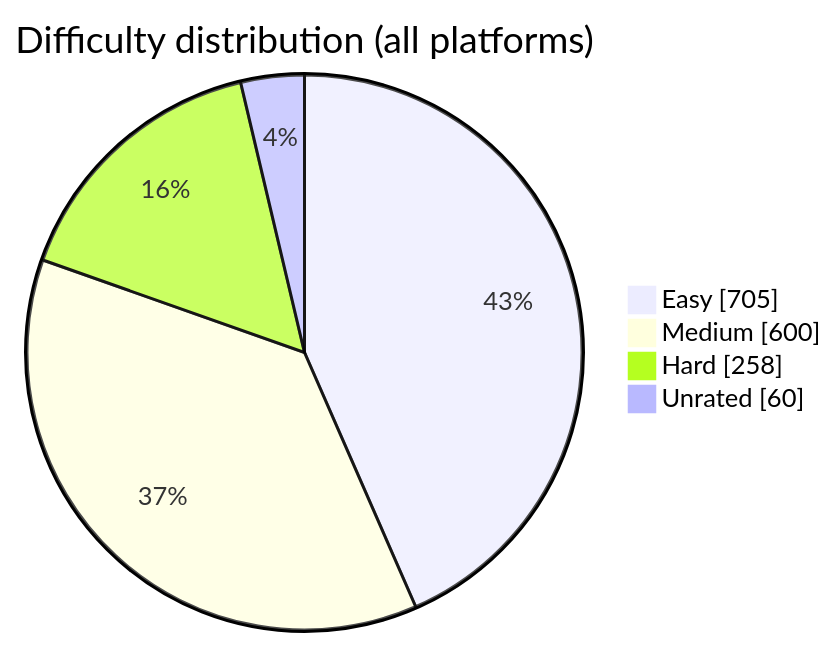
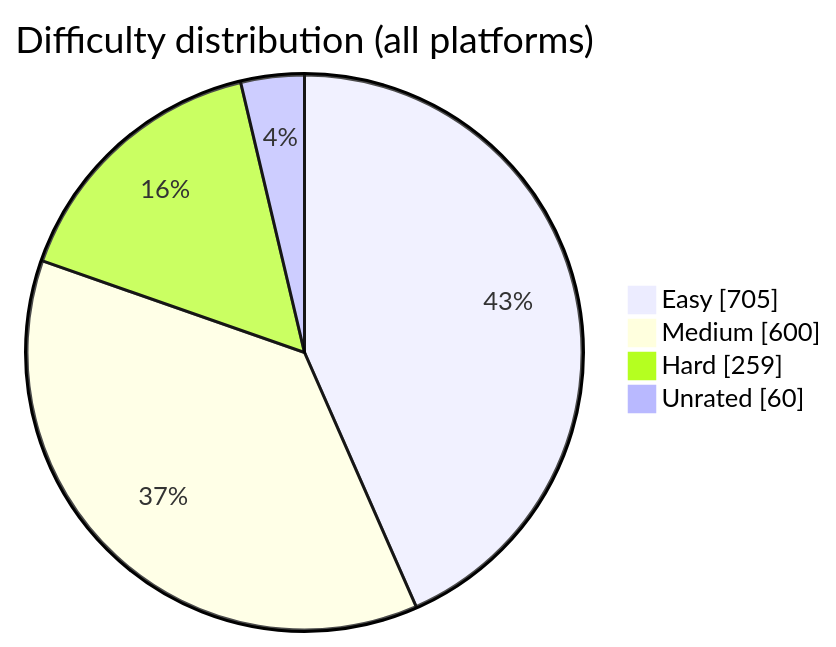
The diagram in README.md (BuildbyArindam/Daily-Coding-Log), drawn with Mermaid before and after one commit. The commit also changed other lines of this file, not shown here.

````diff
--- a/README.md
+++ b/README.md
@@ -93,7 +93,7 @@
 ```mermaid
 pie showData title Difficulty distribution (all platforms)
     "Easy" : 705
     "Medium" : 600
-    "Hard" : 258
+    "Hard" : 259
     "Unrated" : 60
 ```
````
